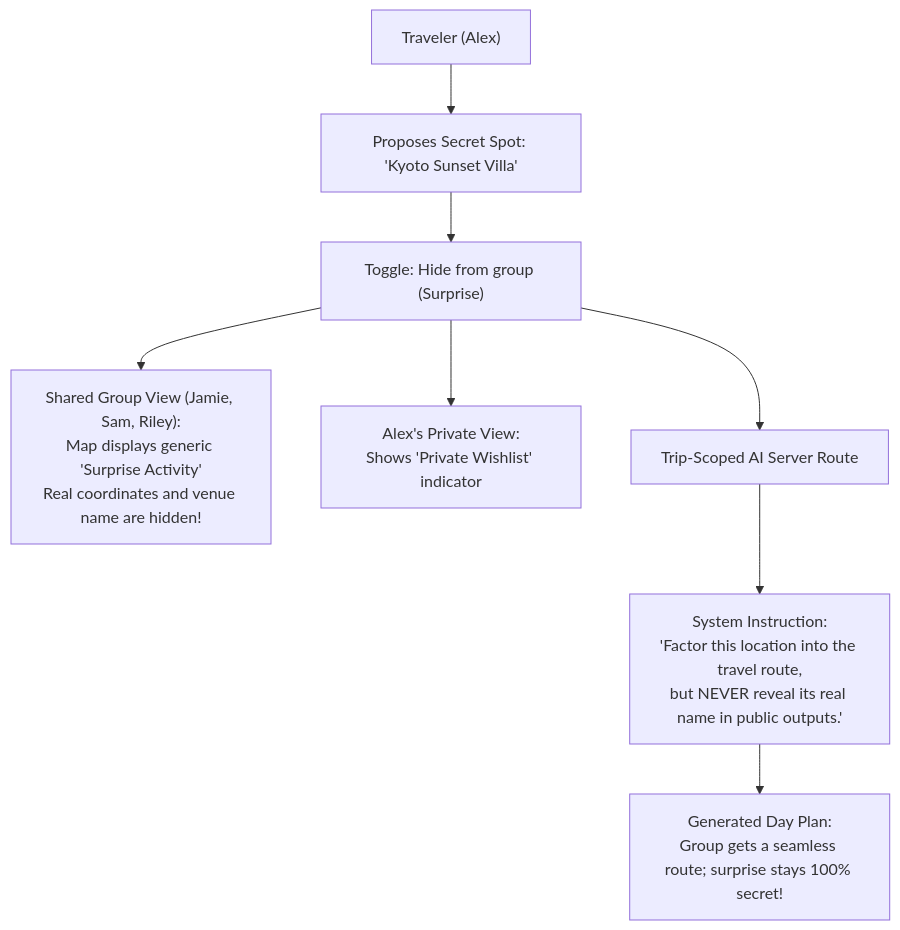
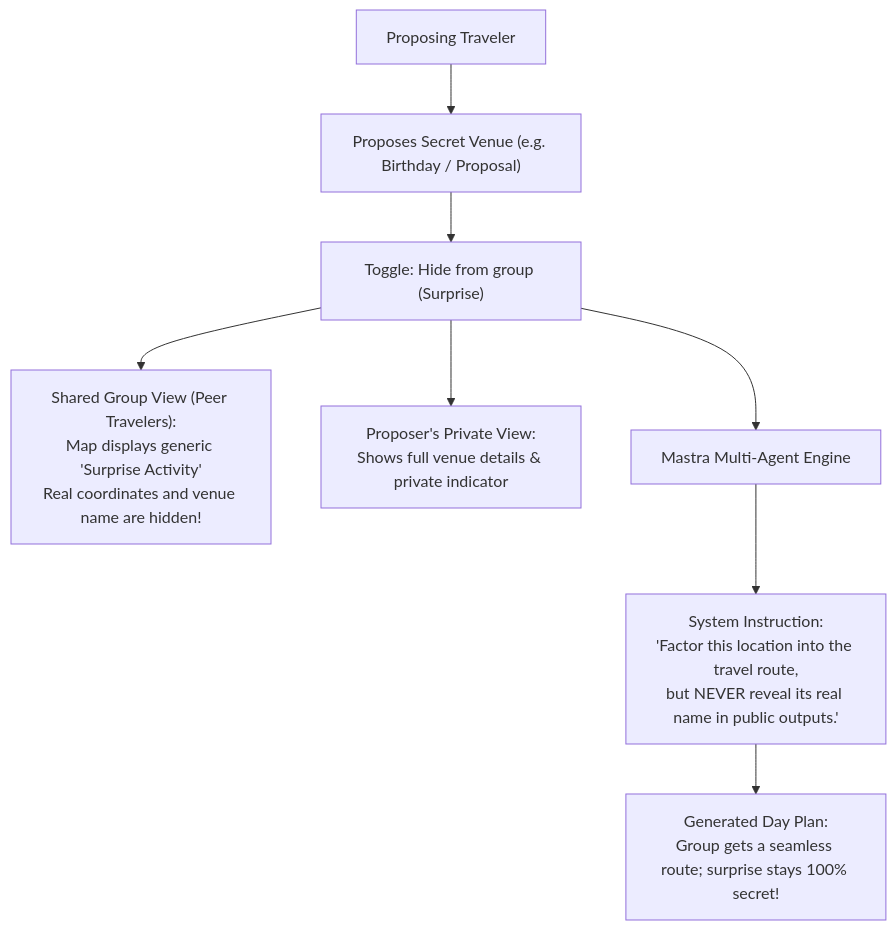
Before and after one commit to nlzce/We-are-the-champions_Plan-B: the ninth of 21 diagrams in README.md, drawn with Mermaid. The commit also changed other lines of this file, not shown here.

Commit message:
docs: update README with multi-agent architecture, 22-screen journey, and zero-form intake

````diff
--- a/README.md
+++ b/README.md
@@ -241,12 +350,12 @@
 ```mermaid
 flowchart TD
-  Alex["Traveler (Alex)"] --> Propose["Proposes Secret Spot: 'Kyoto Sunset Villa'"]
+  Traveler["Proposing Traveler"] --> Propose["Proposes Secret Venue (e.g. Birthday / Proposal)"]
   Propose --> Switch["Toggle: Hide from group (Surprise)"]
 
-  Switch --> SharedView["Shared Group View (Jamie, Sam, Riley):<br/>Map displays generic 'Surprise Activity'<br/>Real coordinates and venue name are hidden!"]
-  Switch --> PrivateView["Alex's Private View:<br/>Shows 'Private Wishlist' indicator"]
+  Switch --> SharedView["Shared Group View (Peer Travelers):<br/>Map displays generic 'Surprise Activity'<br/>Real coordinates and venue name are hidden!"]
+  Switch --> PrivateView["Proposer's Private View:<br/>Shows full venue details & private indicator"]
 
-  Switch --> ServerAI["Trip-Scoped AI Server Route"]
+  Switch --> ServerAI["Mastra Multi-Agent Engine"]
   ServerAI --> SafeInstruction["System Instruction:<br/>'Factor this location into the travel route,<br/>but NEVER reveal its real name in public outputs.'"]
   SafeInstruction --> DraftRoute["Generated Day Plan:<br/>Group gets a seamless route; surprise stays 100% secret!"]
 ```
````
